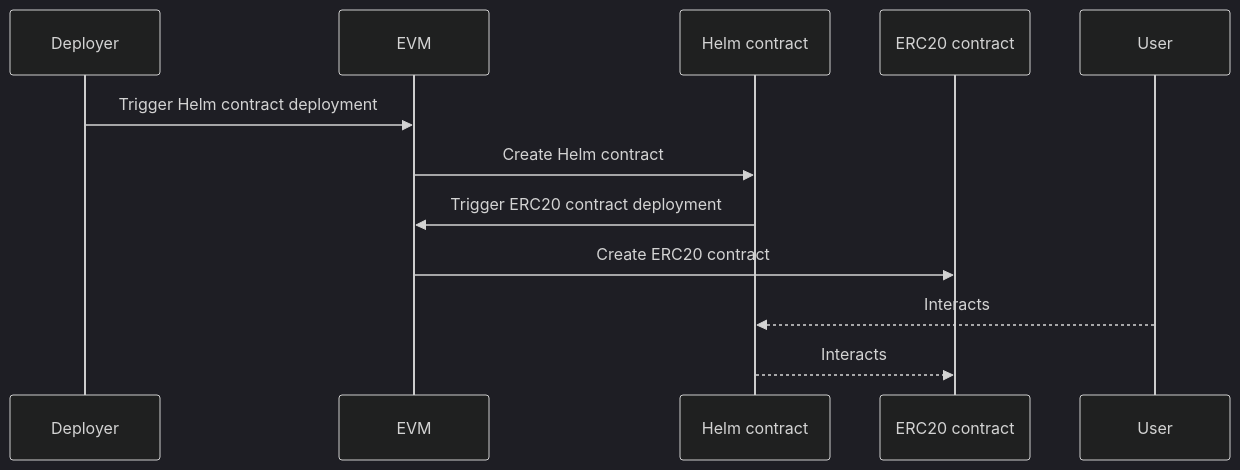
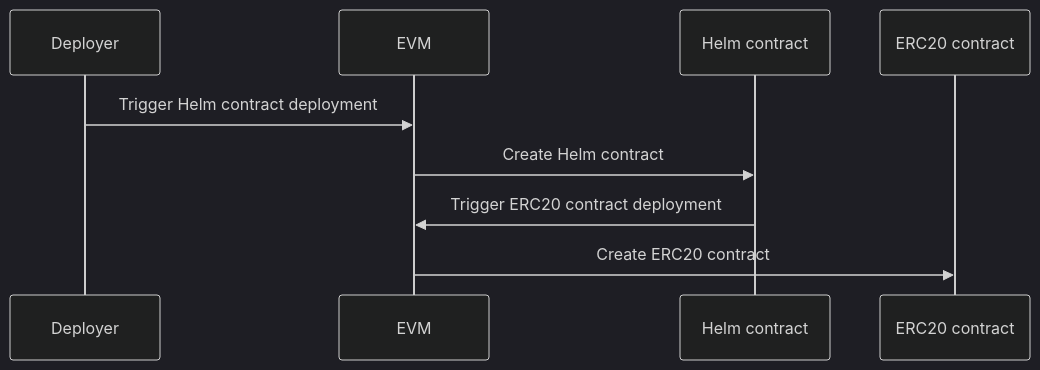
The second of 2 diagrams in lightpaper/design.md (helmtoken/docs), drawn with Mermaid (dark theme) before and after one commit.

Commit message:
GITBOOK-39: change request with no subject merged in GitBook

````diff
--- a/lightpaper/design.md
+++ b/lightpaper/design.md
@@ -43,9 +43,7 @@
 ```mermaid
 sequenceDiagram
     Deployer->>EVM: Trigger Helm contract deployment
     EVM->>Helm contract: Create Helm contract
     Helm contract->>EVM: Trigger ERC20 contract deployment
     EVM->>ERC20 contract: Create ERC20 contract
-    User-->>Helm contract: Interacts
-    Helm contract-->>ERC20 contract: Interacts
 ```
````
